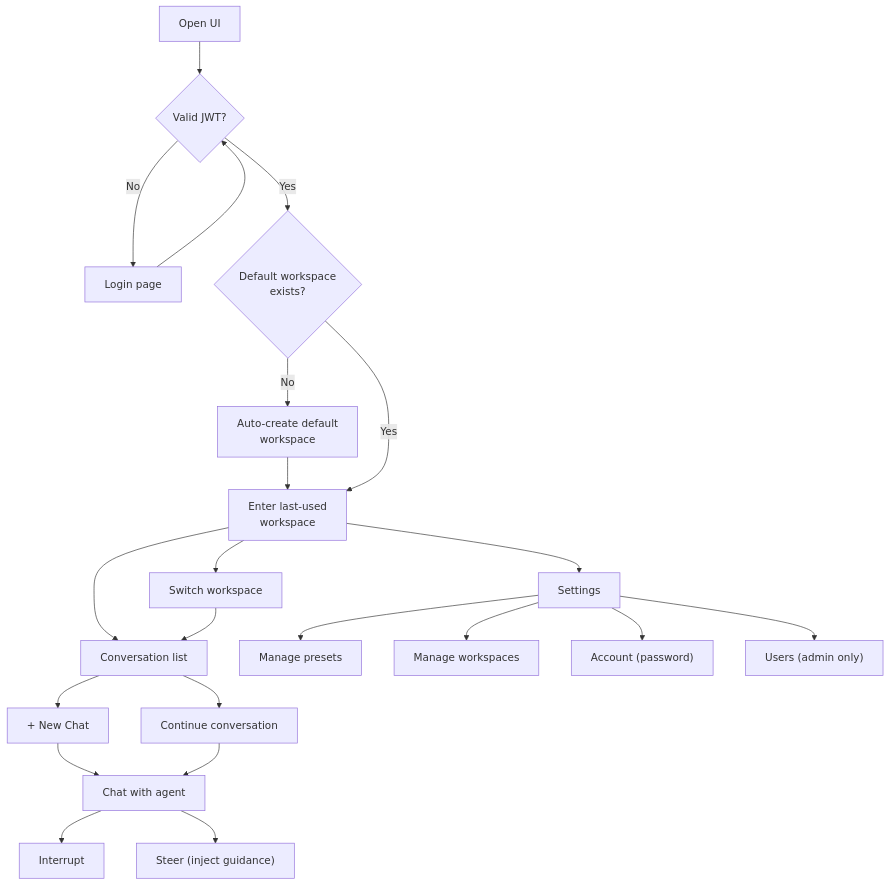
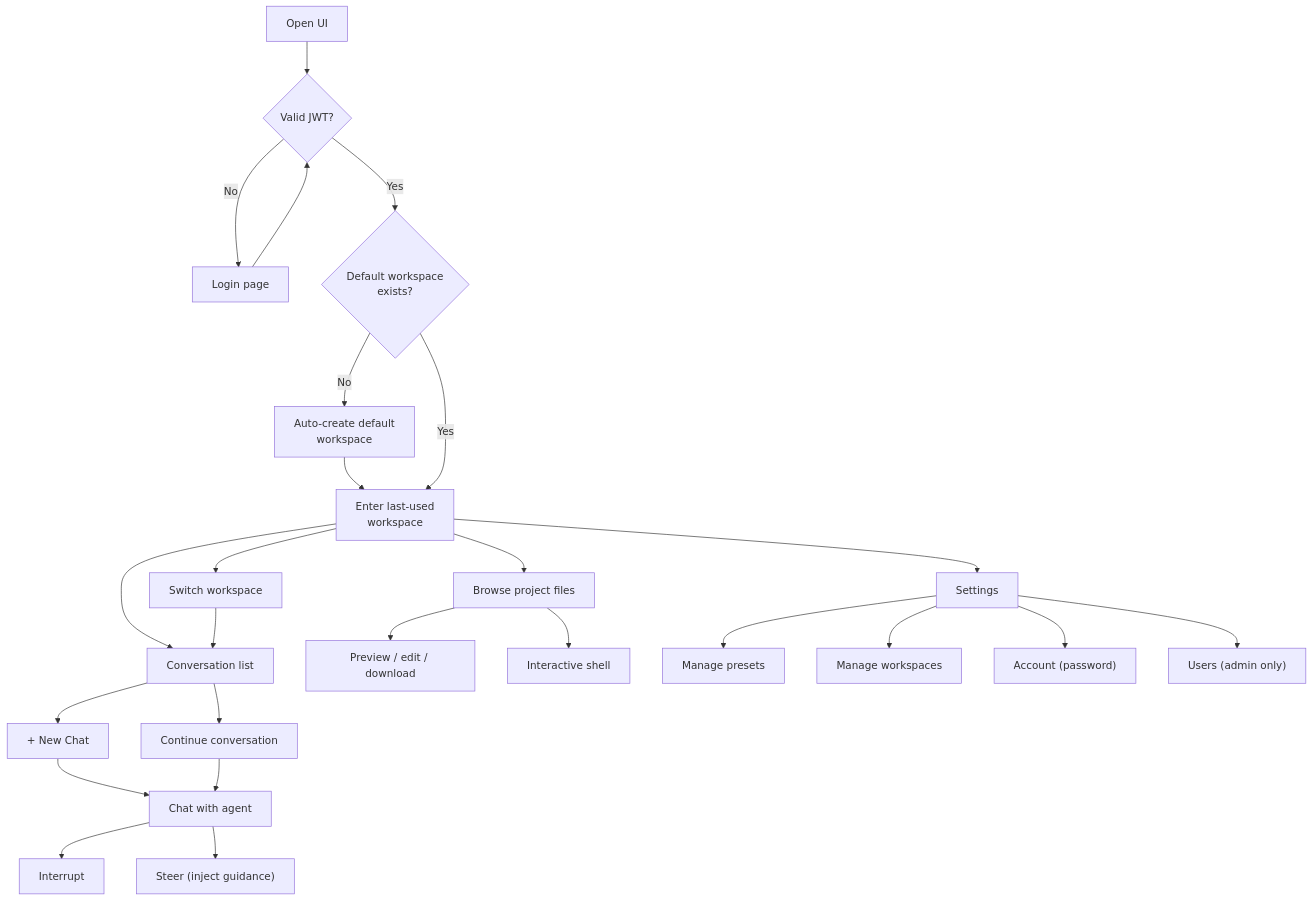
The diagram in ui/spec/00-overview.md (Wh1isper/netherbrain), drawn with Mermaid before and after one commit. The commit also changed other lines of this file and 41 other files, not shown here.

````diff
--- a/ui/spec/00-overview.md
+++ b/ui/spec/00-overview.md
@@ -48,28 +48,32 @@
 ```mermaid
 flowchart TB
     OPEN[Open UI] --> AUTH{"Valid JWT?"}
     AUTH -->|No| LOGIN["Login page"]
     LOGIN --> AUTH
     AUTH -->|Yes| CHECK{"Default workspace<br/>exists?"}
     CHECK -->|No| CREATE["Auto-create default<br/>workspace"]
     CREATE --> ENTER
     CHECK -->|Yes| ENTER["Enter last-used<br/>workspace"]
 
     ENTER --> LIST["Conversation list"]
     LIST --> NEW["+ New Chat"]
     LIST --> RESUME["Continue conversation"]
     NEW --> CHAT["Chat with agent"]
     RESUME --> CHAT
 
     CHAT --> INTERRUPT["Interrupt"]
     CHAT --> STEER["Steer (inject guidance)"]
 
     ENTER --> SWITCH["Switch workspace"]
     SWITCH --> LIST
 
+    ENTER --> FILES["Browse project files"]
+    FILES --> PREVIEW["Preview / edit / download"]
+    FILES --> TERMINAL["Interactive shell"]
+
     ENTER --> SETTINGS["Settings"]
     SETTINGS --> PRESETS["Manage presets"]
     SETTINGS --> WORKSPACES["Manage workspaces"]
     SETTINGS --> ACCOUNT["Account (password)"]
     SETTINGS --> USERS["Users (admin only)"]
 ```
````
